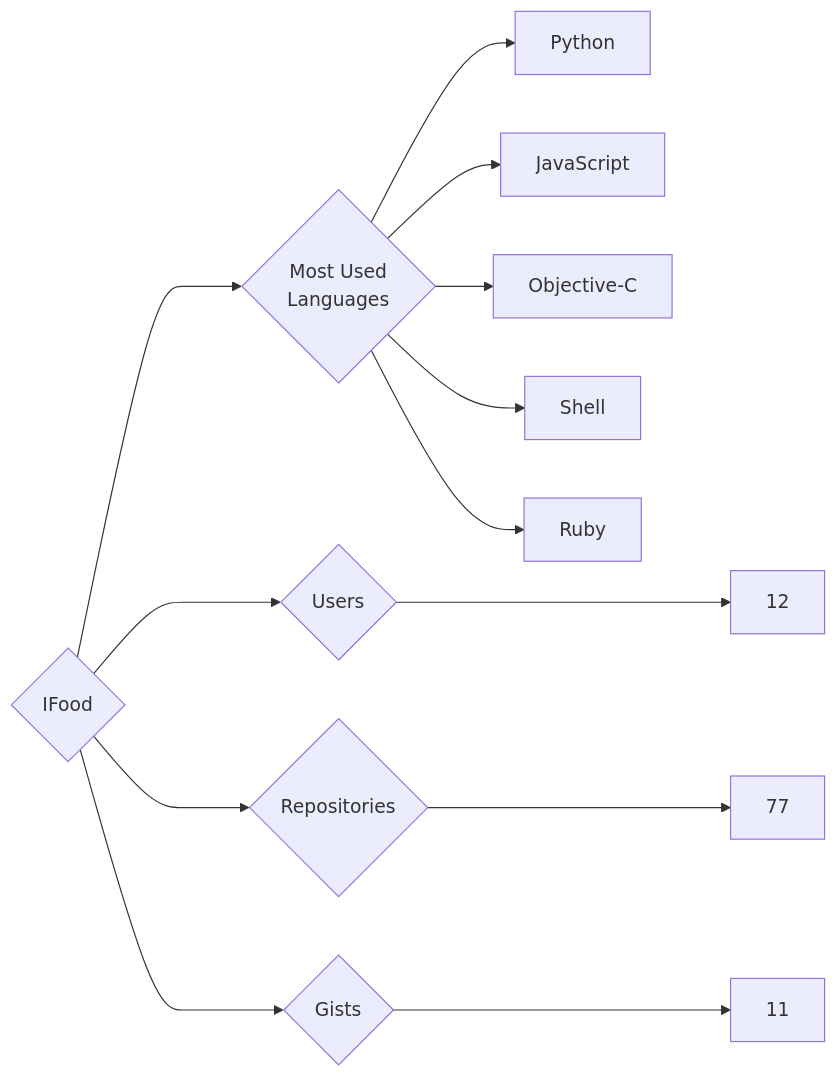
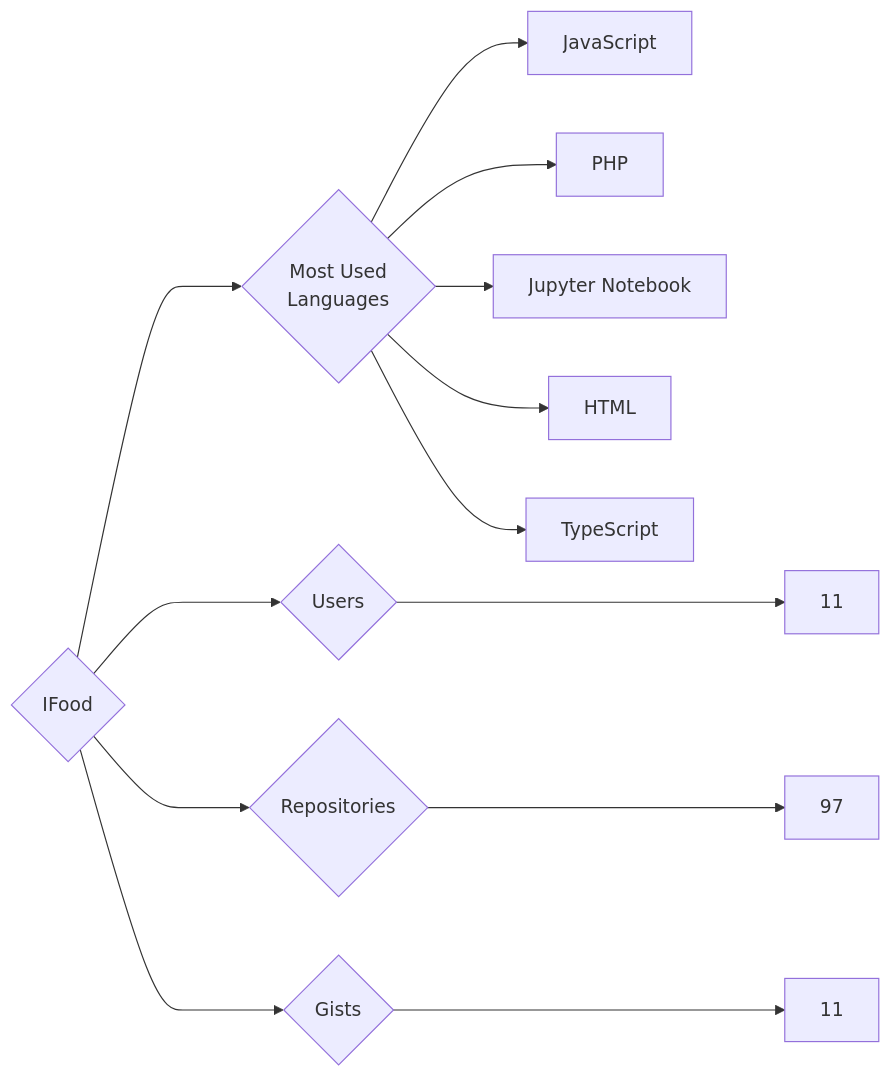
The diagram in targets/IFood/README.md (trickest/insiders), drawn with Mermaid before and after one commit. The commit also changed 1020 other files, not shown here.

````diff
--- a/targets/IFood/README.md
+++ b/targets/IFood/README.md
@@ -3,13 +3,13 @@
 ```mermaid
 graph LR
 COMPANY_NAME{IFood}
-COMPANY_NAME ---> U{Users} ---> UN[12]
-COMPANY_NAME ---> R{Repositories} ---> RN[77]
+COMPANY_NAME ---> U{Users} ---> UN[11]
+COMPANY_NAME ---> R{Repositories} ---> RN[97]
 COMPANY_NAME ---> G{Gists} ---> GN[11]
 COMPANY_NAME ---> ML{Most Used<br>Languages}
-ML --> Python[Python]
 ML --> JavaScript[JavaScript]
-ML --> Objective-C[Objective-C]
-ML --> Shell[Shell]
-ML --> Ruby[Ruby]
+ML --> PHP[PHP]
+ML --> Jupyter_Notebook[Jupyter Notebook]
+ML --> HTML[HTML]
+ML --> TypeScript[TypeScript]
 ```
````
